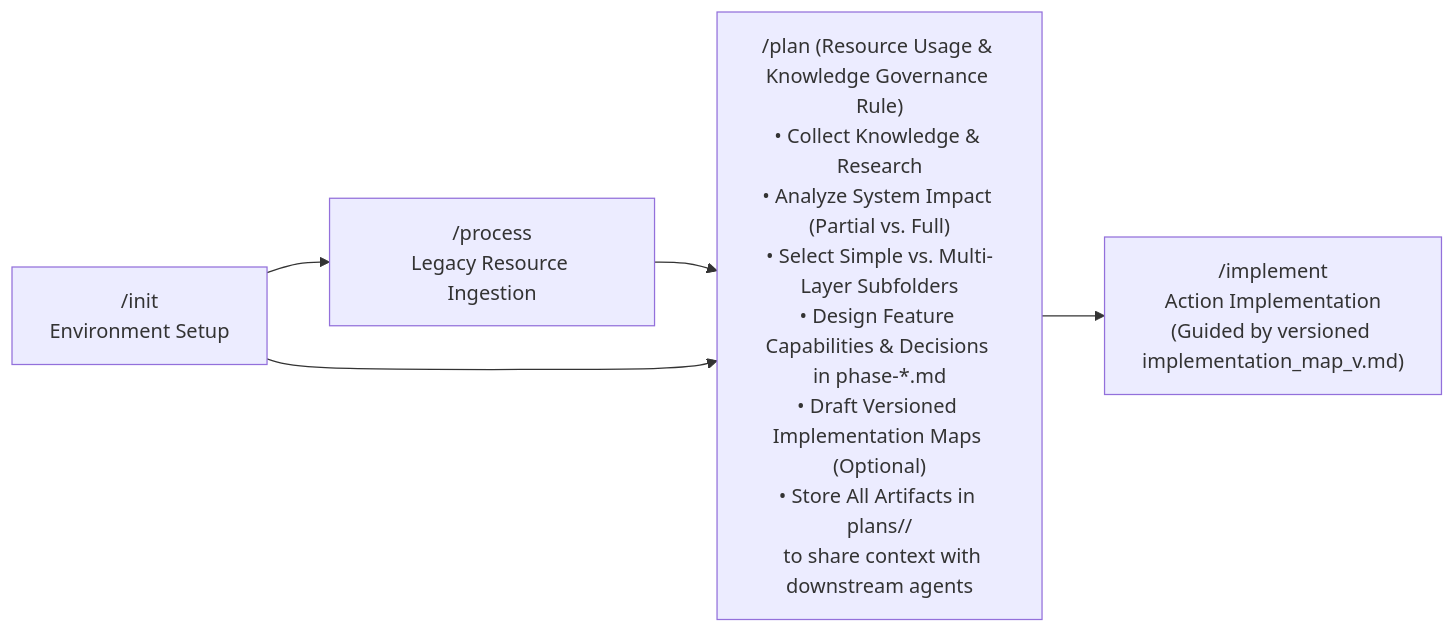
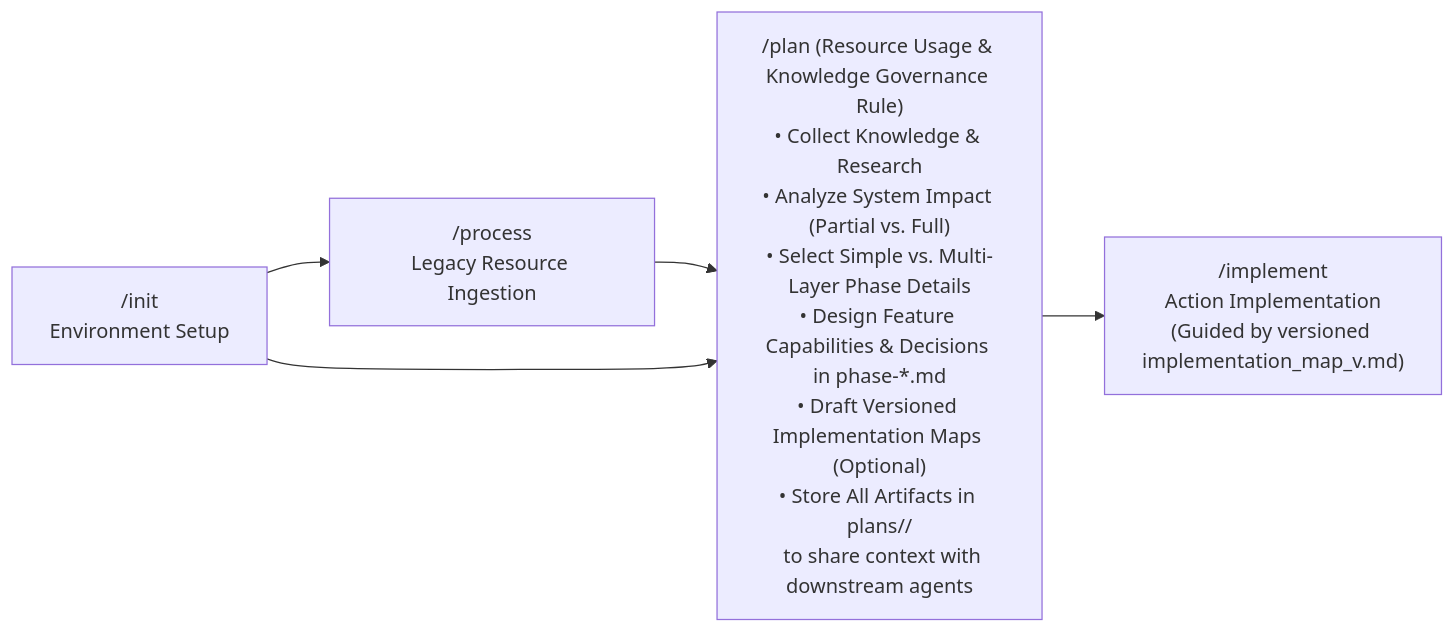
One commit to hrvthgergo/agent-driven-templates changed the first of 3 diagrams in fullstack_software_dev/plan/plan_workflow.md. Above: the diagram before and after it, drawn with Mermaid. The commit also changed other lines of this file and 1 other file, not shown here.

Commit message:
docs(plan): rename sub_elements subfolder to phase_details in plan specifications

````diff
--- a/fullstack_software_dev/plan/plan_workflow.md
+++ b/fullstack_software_dev/plan/plan_workflow.md
@@ -11,7 +11,7 @@
 ```mermaid
 graph LR
     Init["/init<br/>Environment Setup"] --> ProcHist["/process<br/>Legacy Resource Ingestion"]
-    ProcHist --> Plan["/plan (Resource Usage & Knowledge Governance Rule)<br/>• Collect Knowledge & Research<br/>• Analyze System Impact (Partial vs. Full)<br/>• Select Simple vs. Multi-Layer Subfolders<br/>• Design Feature Capabilities & Decisions in phase-*.md<br/>• Draft Versioned Implementation Maps (Optional)<br/>• Store All Artifacts in plans/<feature-name>/<br/>  to share context with downstream agents"]
+    ProcHist --> Plan["/plan (Resource Usage & Knowledge Governance Rule)<br/>• Collect Knowledge & Research<br/>• Analyze System Impact (Partial vs. Full)<br/>• Select Simple vs. Multi-Layer Phase Details<br/>• Design Feature Capabilities & Decisions in phase-*.md<br/>• Draft Versioned Implementation Maps (Optional)<br/>• Store All Artifacts in plans/<feature-name>/<br/>  to share context with downstream agents"]
     Init --> Plan
     Plan --> Implement["/implement<br/>Action Implementation<br/>(Guided by versioned implementation_map_v<version>.md)"]
 ```
````
